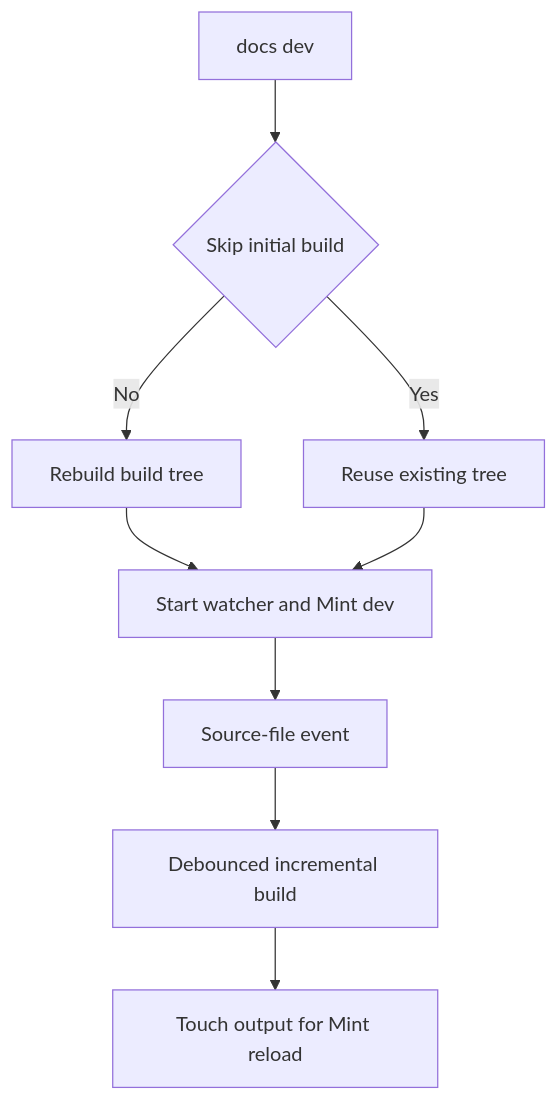
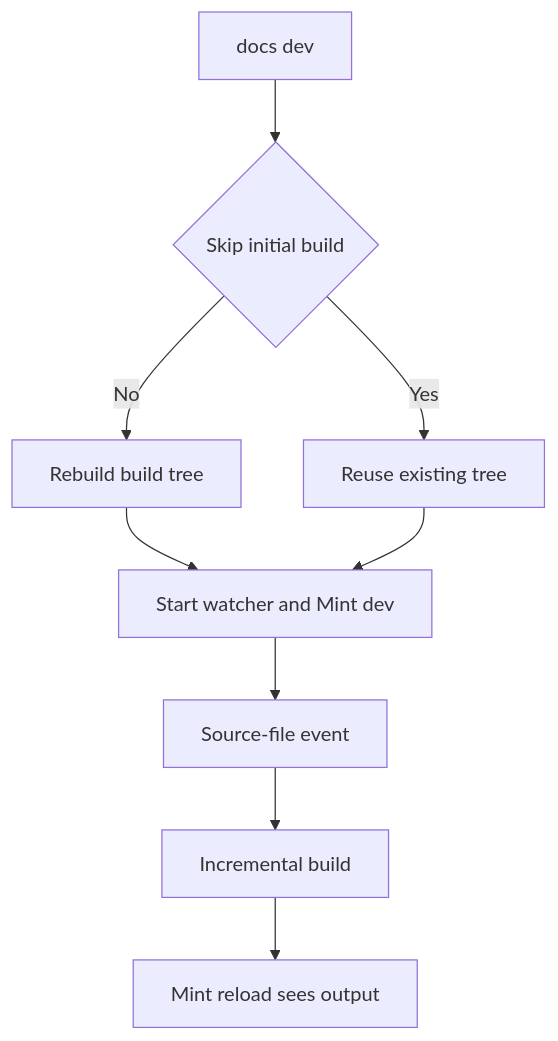
One commit to rishi-raj-jain/docs-1 changed the first of 2 diagrams in openwiki/operations/cli-tools.md. Above: the diagram before and after it, drawn with Mermaid. The commit also changed other lines of this file and 33 other files, not shown here.

````diff
--- a/openwiki/operations/cli-tools.md
+++ b/openwiki/operations/cli-tools.md
@@ -111,11 +114,11 @@
 ```mermaid
 flowchart TD
   Start["docs dev"] --> Choice{"Skip initial build"}
   Choice -->|"No"| Full["Rebuild build tree"]
   Choice -->|"Yes"| Reuse["Reuse existing tree"]
   Full --> Services["Start watcher and Mint dev"]
   Reuse --> Services
   Services --> Event["Source-file event"]
-  Event --> Incremental["Debounced incremental build"]
-  Incremental --> Reload["Touch output for Mint reload"]
+  Event --> Incremental["Incremental build"]
+  Incremental --> Reload["Mint reload sees output"]
 ```
````
